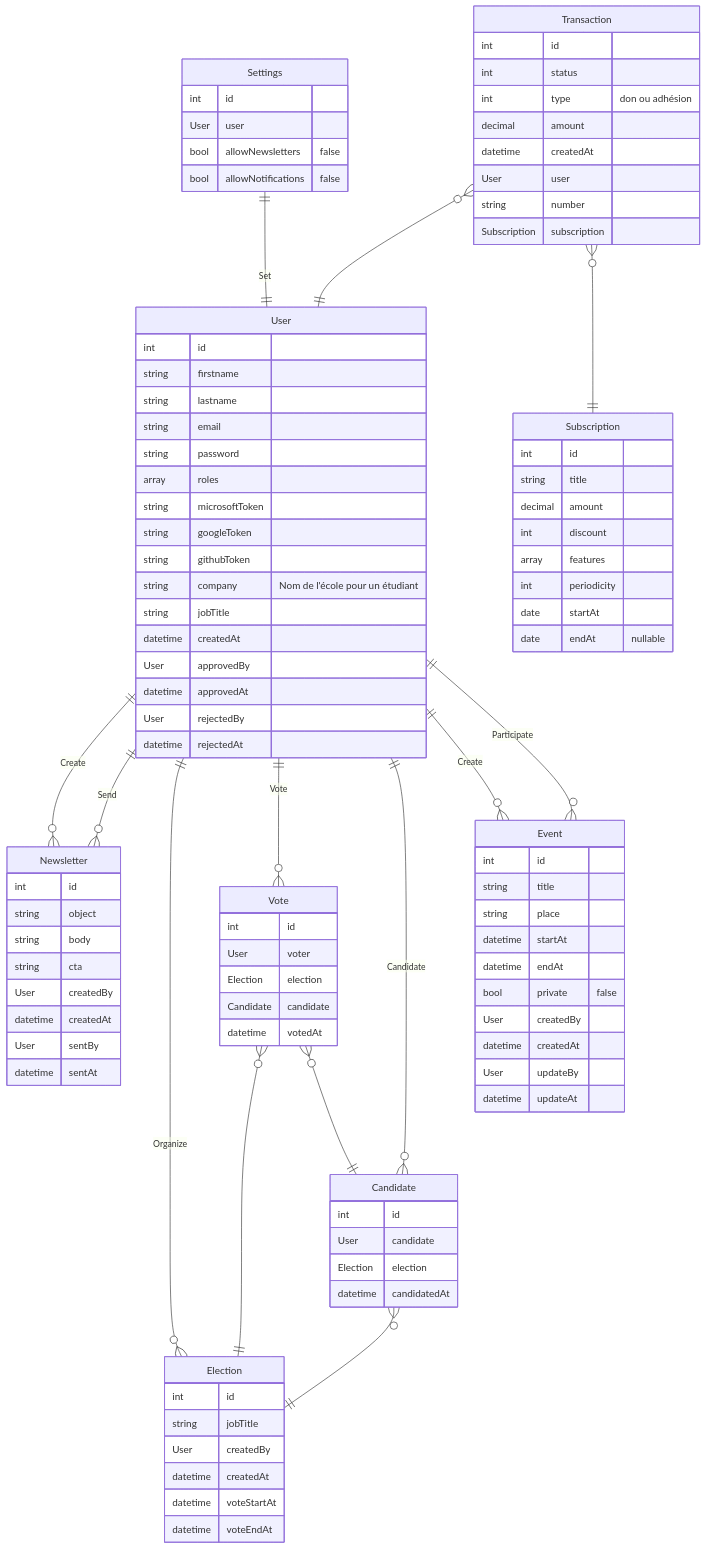
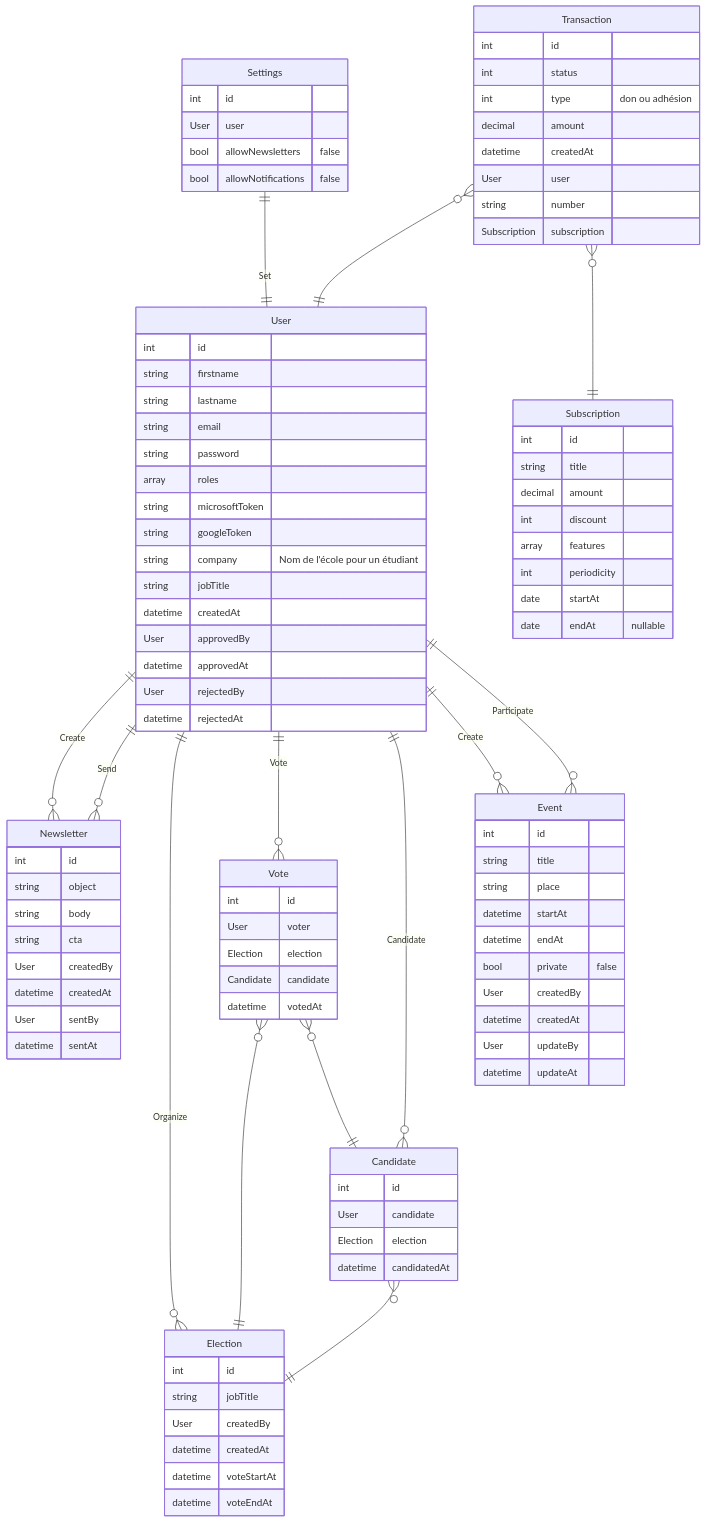
Before and after one commit to epsi-wis-alumni/gestion-adhesions: the diagram in docs/database.md, drawn with Mermaid.

```diff
--- a/docs/database.md
+++ b/docs/database.md
@@ -9,7 +9,6 @@
         array roles
         string microsoftToken
         string googleToken
-        string githubToken
         string company "Nom de l'école pour un étudiant"
         string jobTitle
         datetime createdAt
```
